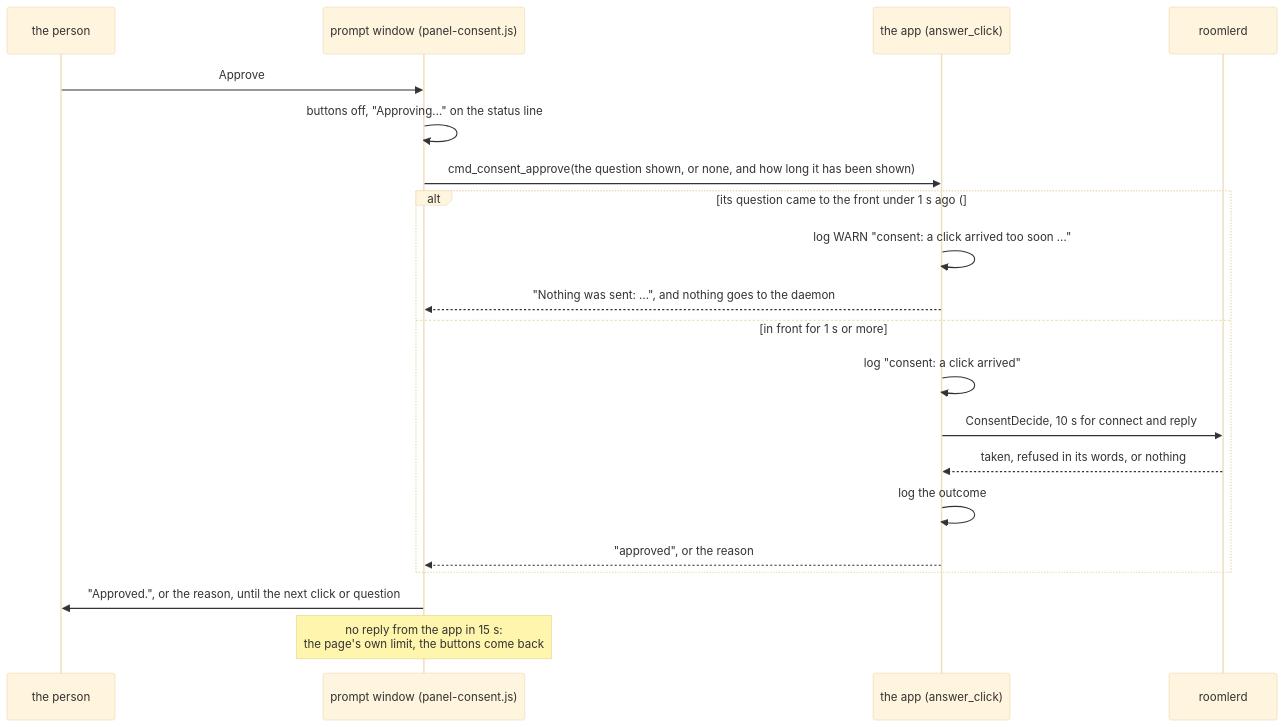
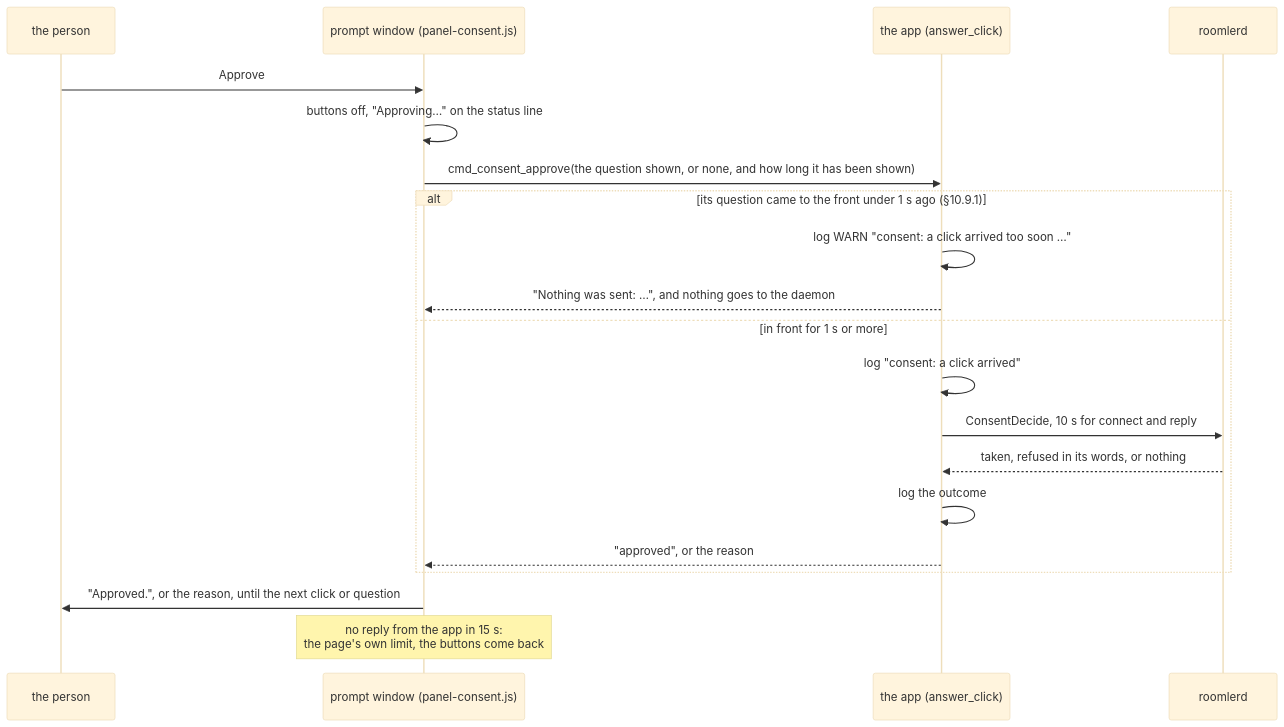
Diagram 24 of 39 in docs/desktop-companion.md (gjovanov/roomler-ai), drawn with Mermaid (base theme) before and after one commit.

Commit message:
docs(companion): the click diagram's alt label carries no issue mark (#3987)
Mermaid's sequence lexer reads a hash as the start of a comment, so the
label is cut short; scripts/mermaid-sequence-audit.sh flags it.

Refs #3987

````diff
--- a/docs/desktop-companion.md
+++ b/docs/desktop-companion.md
@@ -2025,22 +2025,22 @@
 ```mermaid
 sequenceDiagram
     participant P as the person
     participant W as prompt window (panel-consent.js)
     participant A as the app (answer_click)
     participant D as roomlerd
     P->>W: Approve
     W->>W: buttons off, "Approving…" on the status line
     W->>A: cmd_consent_approve(the question shown, or none, and how long it has been shown)
-    alt its question came to the front under 1 s ago (#3987, §10.9.1)
+    alt its question came to the front under 1 s ago (§10.9.1)
         A->>A: log WARN "consent: a click arrived too soon …"
         A-->>W: "Nothing was sent: …", and nothing goes to the daemon
     else in front for 1 s or more
         A->>A: log "consent: a click arrived"
         A->>D: ConsentDecide, 10 s for connect and reply
         D-->>A: taken, refused in its words, or nothing
         A->>A: log the outcome
         A-->>W: "approved", or the reason
     end
     W->>P: "Approved.", or the reason, until the next click or question
     Note over W: no reply from the app in 15 s:<br/>the page's own limit, the buttons come back
 ```
````
